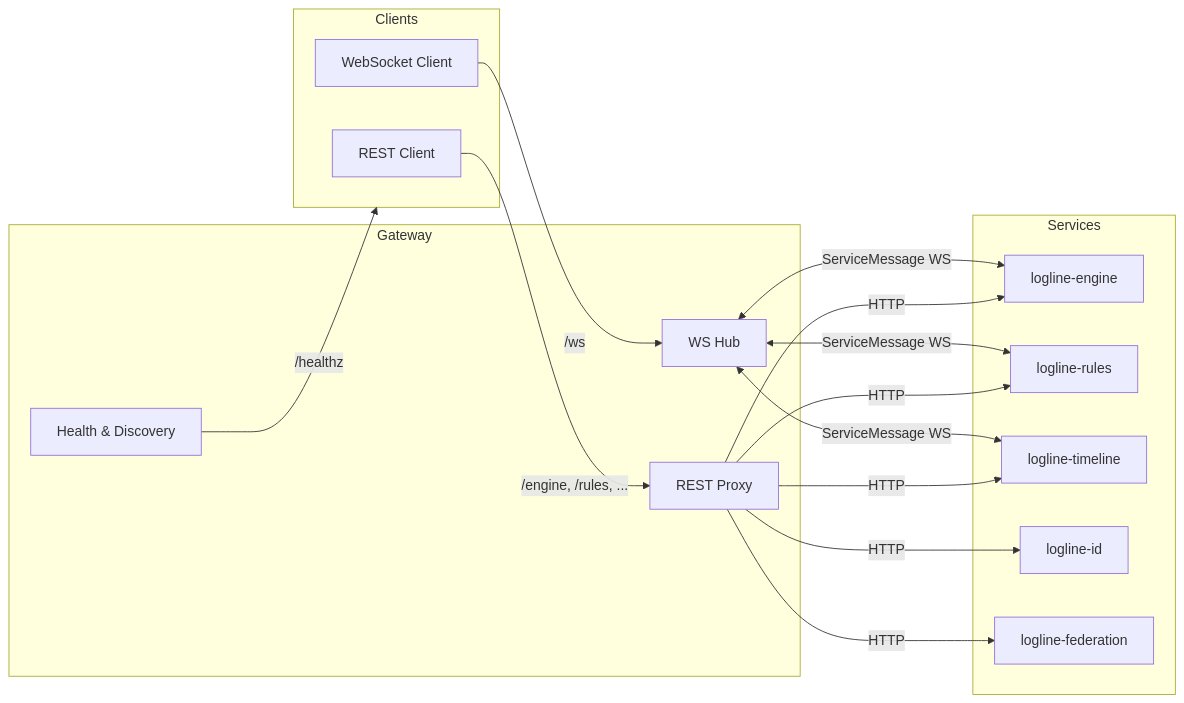
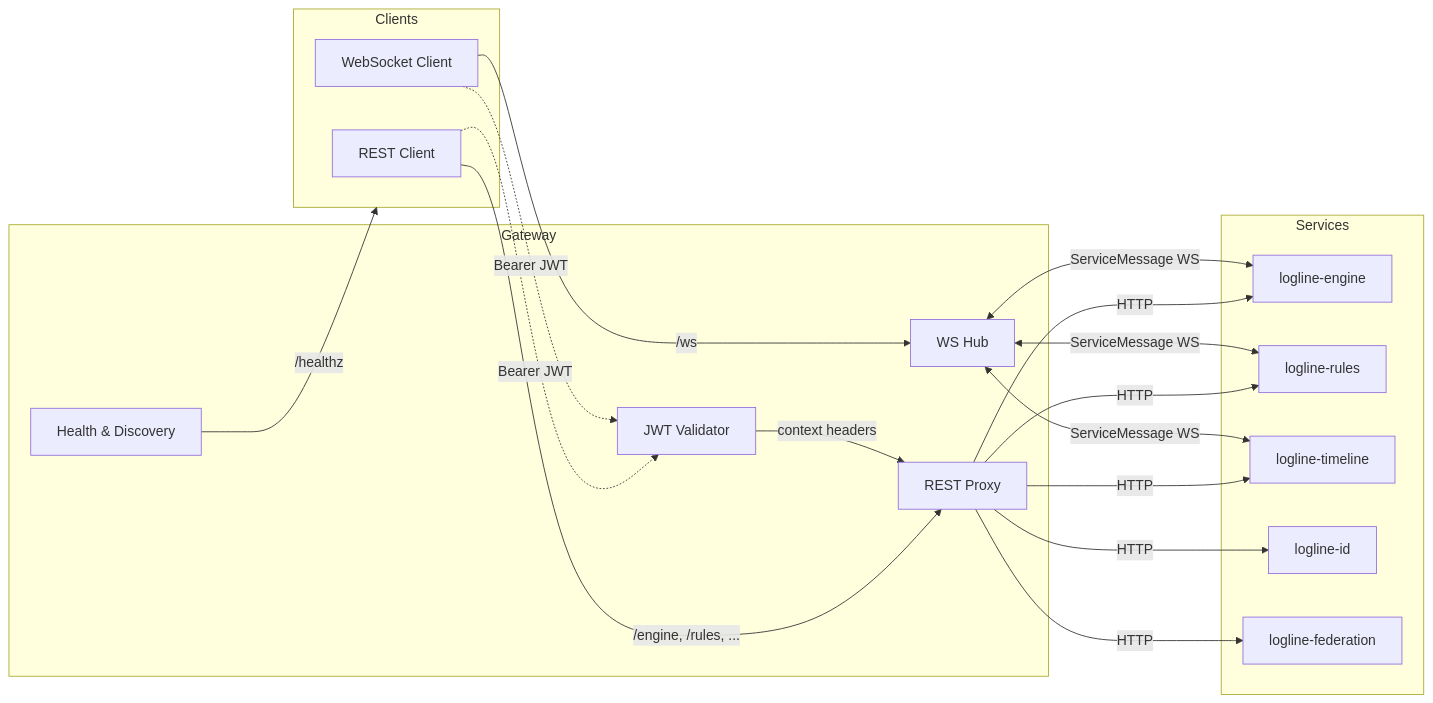
Before and after one commit to danvoulez/UniverseLogLine: the first of 2 diagrams in docs/api-gateway.md, drawn with Mermaid. The commit also changed other lines of this file and 12 other files, not shown here.

````diff
--- a/docs/api-gateway.md
+++ b/docs/api-gateway.md
@@ -18,33 +18,37 @@
 ```mermaid
 graph LR
     subgraph Clients
         A[REST Client]
         B[WebSocket Client]
     end
 
     subgraph Gateway
         G1[REST Proxy]
         G2[WS Hub]
         G3[Health & Discovery]
+        G4[JWT Validator]
     end
 
     subgraph Services
         S1[logline-engine]
         S2[logline-rules]
         S3[logline-timeline]
         S4[logline-id]
         S5[logline-federation]
     end
 
     A -->|/engine, /rules, ...| G1
     B -->|/ws| G2
+    A -. Bearer JWT .-> G4
+    B -. Bearer JWT .-> G4
+    G4 -->|context headers| G1
     G1 -->|HTTP| S1
     G1 -->|HTTP| S2
     G1 -->|HTTP| S3
     G1 -->|HTTP| S4
     G1 -->|HTTP| S5
     G2 <-->|ServiceMessage WS| S1
     G2 <-->|ServiceMessage WS| S2
     G2 <-->|ServiceMessage WS| S3
     G3 -->|/healthz| Clients
 ```
````
